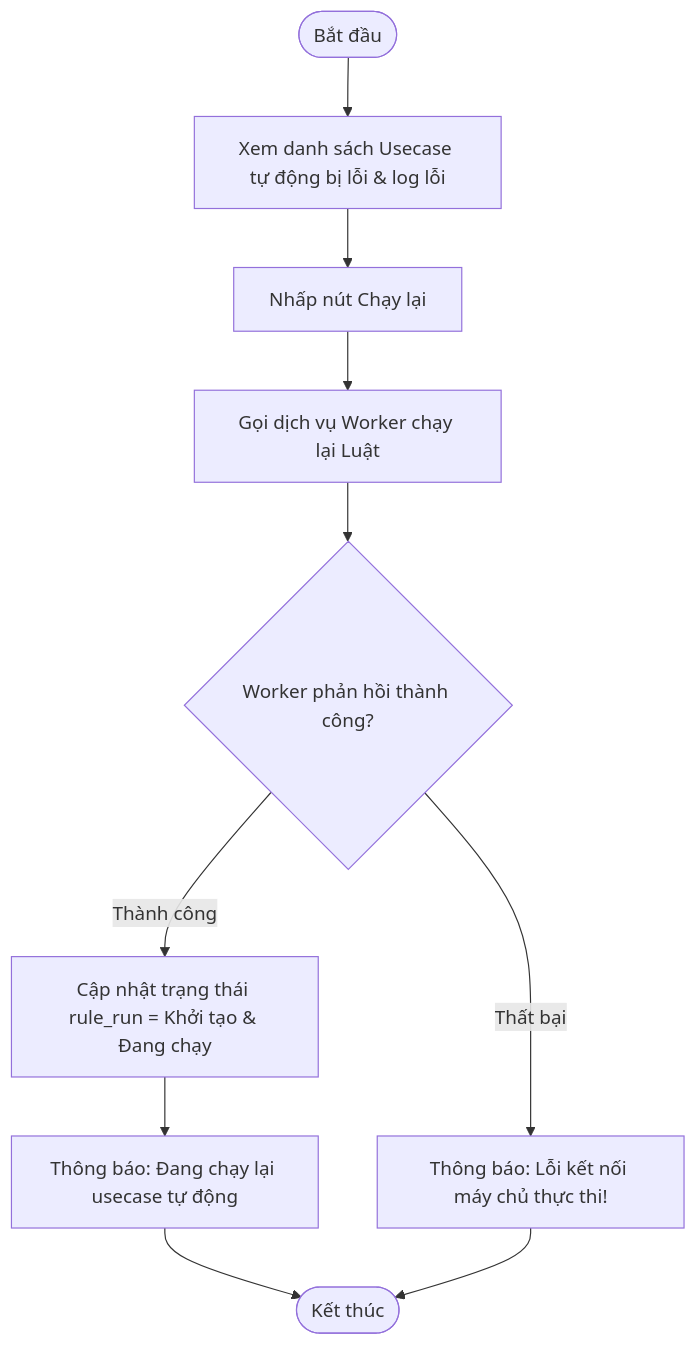
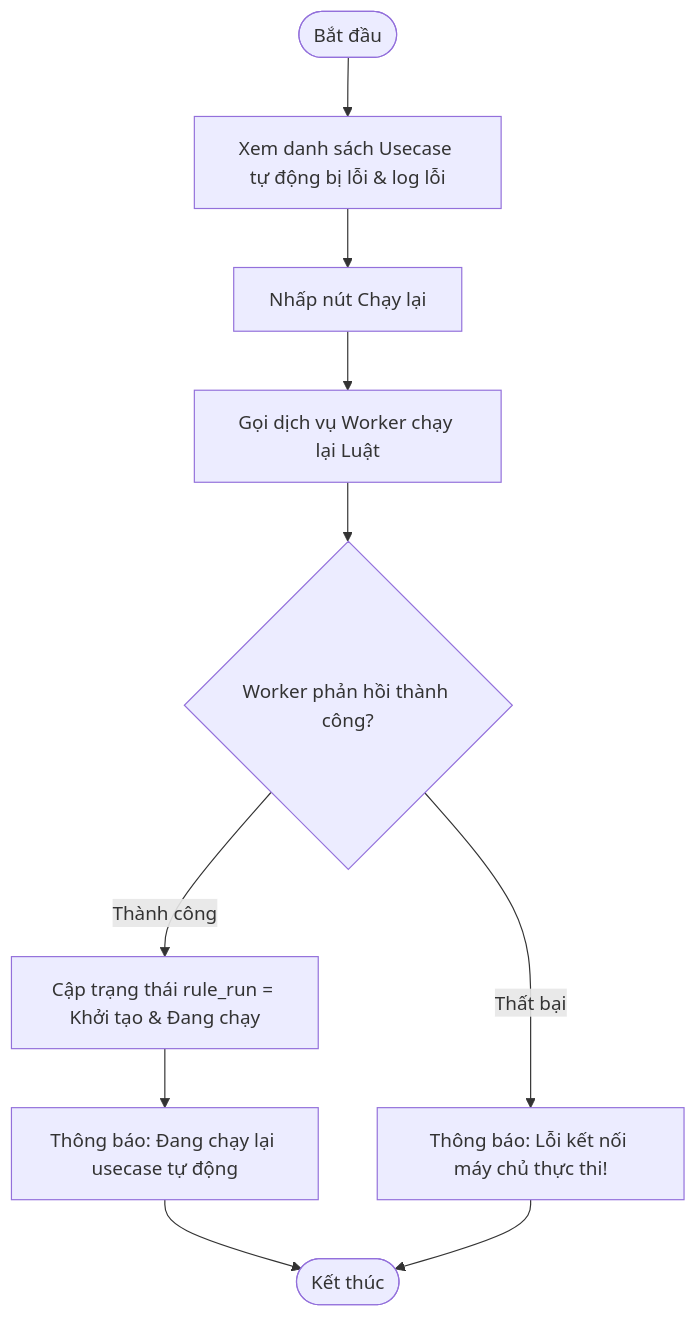
Before and after one commit to minhanh2002/ISAAP: the diagram in SRS/SRS_XU_LY_LOI_HE_THONG.md, drawn with Mermaid. The commit also changed other lines of this file and 24 other files, not shown here.

````diff
--- a/SRS/SRS_XU_LY_LOI_HE_THONG.md
+++ b/SRS/SRS_XU_LY_LOI_HE_THONG.md
@@ -19,12 +19,12 @@
 ```mermaid
 graph TD
     Start([Bắt đầu]) --> ViewErrors[Xem danh sách Usecase tự động bị lỗi & log lỗi]
     ViewErrors --> ClickRerun[Nhấp nút Chạy lại]
     ClickRerun --> CallWorker[Gọi dịch vụ Worker chạy lại Luật]
     CallWorker --> CheckResponse{Worker phản hồi thành công?}
-    CheckResponse -- Thành công --> UpdateStatus[Cập nhật trạng thái rule_run = Khởi tạo & Đang chạy]
+    CheckResponse -- Thành công --> UpdateStatus[Cập trạng thái rule_run = Khởi tạo & Đang chạy]
     UpdateStatus --> Success[Thông báo: Đang chạy lại usecase tự động]
     CheckResponse -- Thất bại --> Error[Thông báo: Lỗi kết nối máy chủ thực thi!]
     Success --> End([Kết thúc])
     Error --> End
 ```
````
